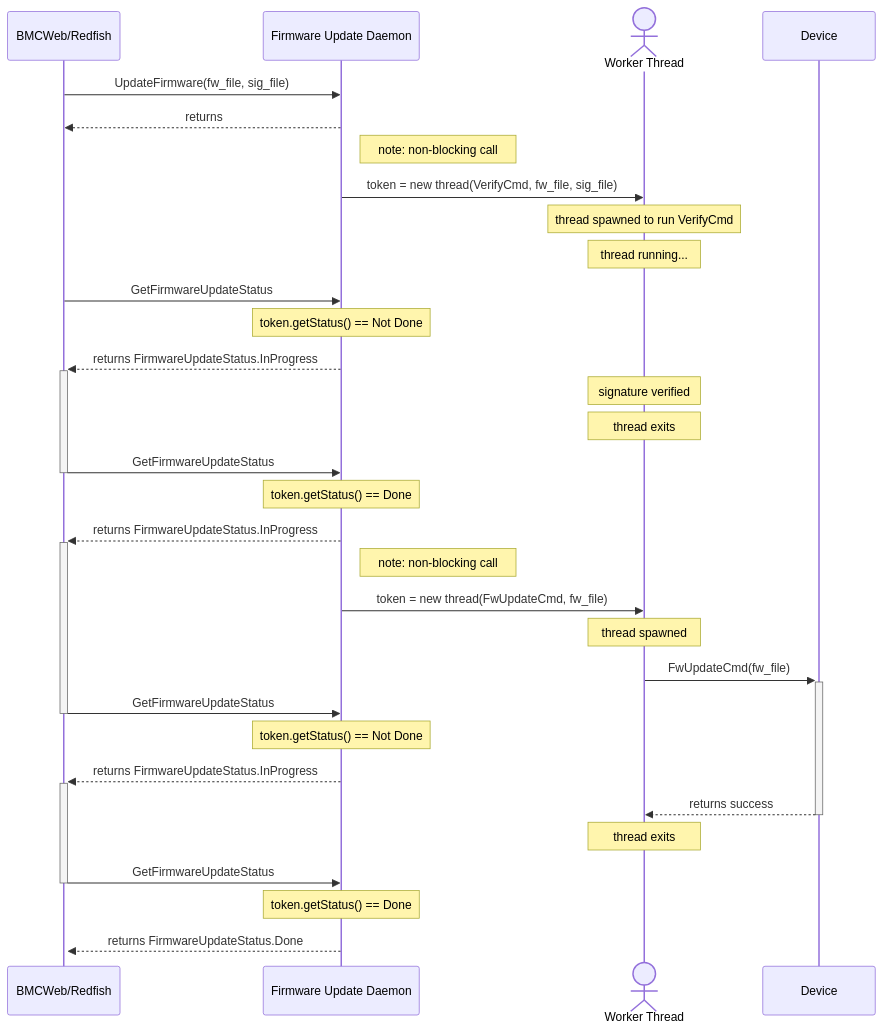
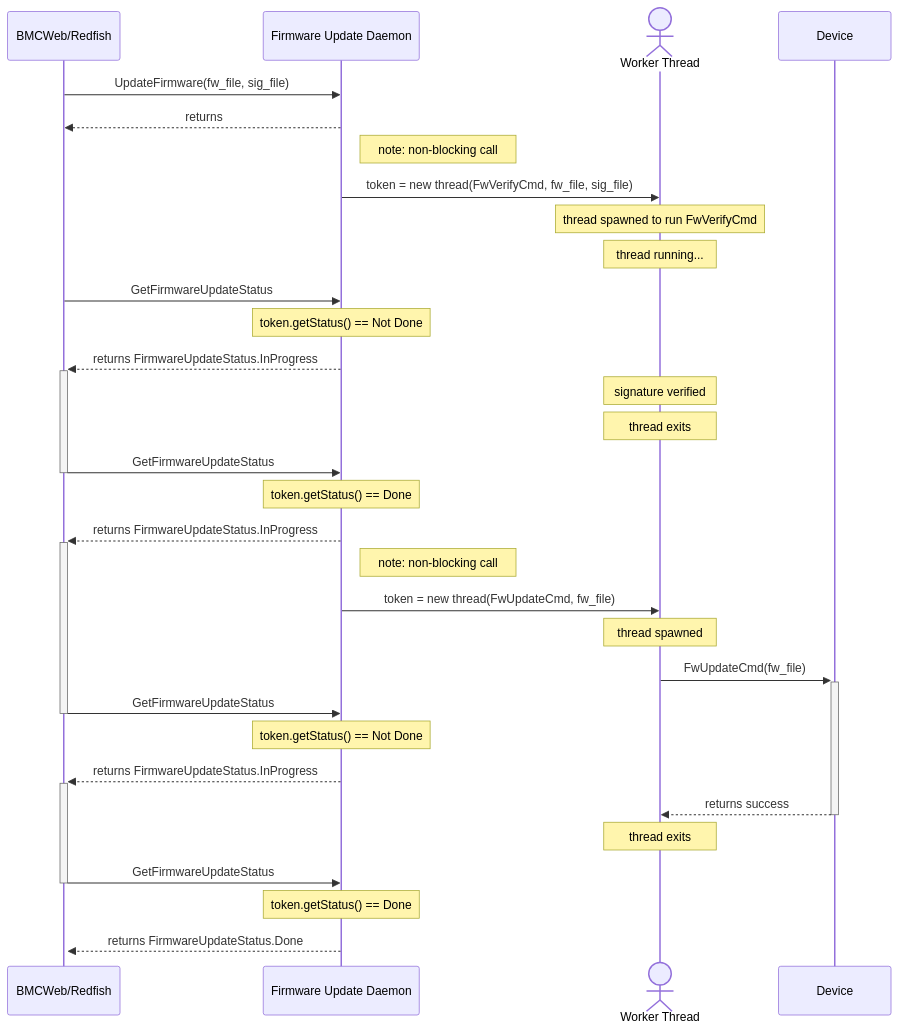
The diagram in update_seq.md (Edmond-Mo/device_update_daemon), drawn with Mermaid before and after one commit.

````diff
--- a/update_seq.md
+++ b/update_seq.md
@@ -1,37 +1,37 @@
 ```mermaid
 sequenceDiagram;
 participant APP as BMCWeb/Redfish
 participant FWD as Firmware Update Daemon
 actor WOK as Worker Thread
 participant DEV as Device
 
 APP ->> FWD: UpdateFirmware(fw_file, sig_file)
 FWD -->> APP: returns
 note right of FWD: note: non-blocking call
-FWD ->> WOK: token = new thread(VerifyCmd, fw_file, sig_file)
-note over WOK: thread spawned to run VerifyCmd
+FWD ->> WOK: token = new thread(FwVerifyCmd, fw_file, sig_file)
+note over WOK: thread spawned to run FwVerifyCmd
 note over WOK: thread running...
 APP ->> FWD: GetFirmwareUpdateStatus
 note over FWD: token.getStatus() == Not Done
 FWD -->>+ APP: returns FirmwareUpdateStatus.InProgress
 
 note over WOK: signature verified
 note over WOK: thread exits
 APP ->>- FWD: GetFirmwareUpdateStatus
 note over FWD: token.getStatus() == Done
 FWD -->>+ APP: returns FirmwareUpdateStatus.InProgress
 
 note right of FWD: note: non-blocking call
 FWD ->> WOK: token = new thread(FwUpdateCmd, fw_file)
 note over WOK: thread spawned
 WOK ->>+ DEV: FwUpdateCmd(fw_file)
 APP ->>- FWD: GetFirmwareUpdateStatus
 note over FWD: token.getStatus() == Not Done
 FWD -->>+ APP: returns FirmwareUpdateStatus.InProgress
 
 DEV -->>- WOK: returns success
 note over WOK: thread exits
 APP ->>- FWD: GetFirmwareUpdateStatus
 note over FWD: token.getStatus() == Done
 FWD -->>+ APP: returns FirmwareUpdateStatus.Done
 ```
````
